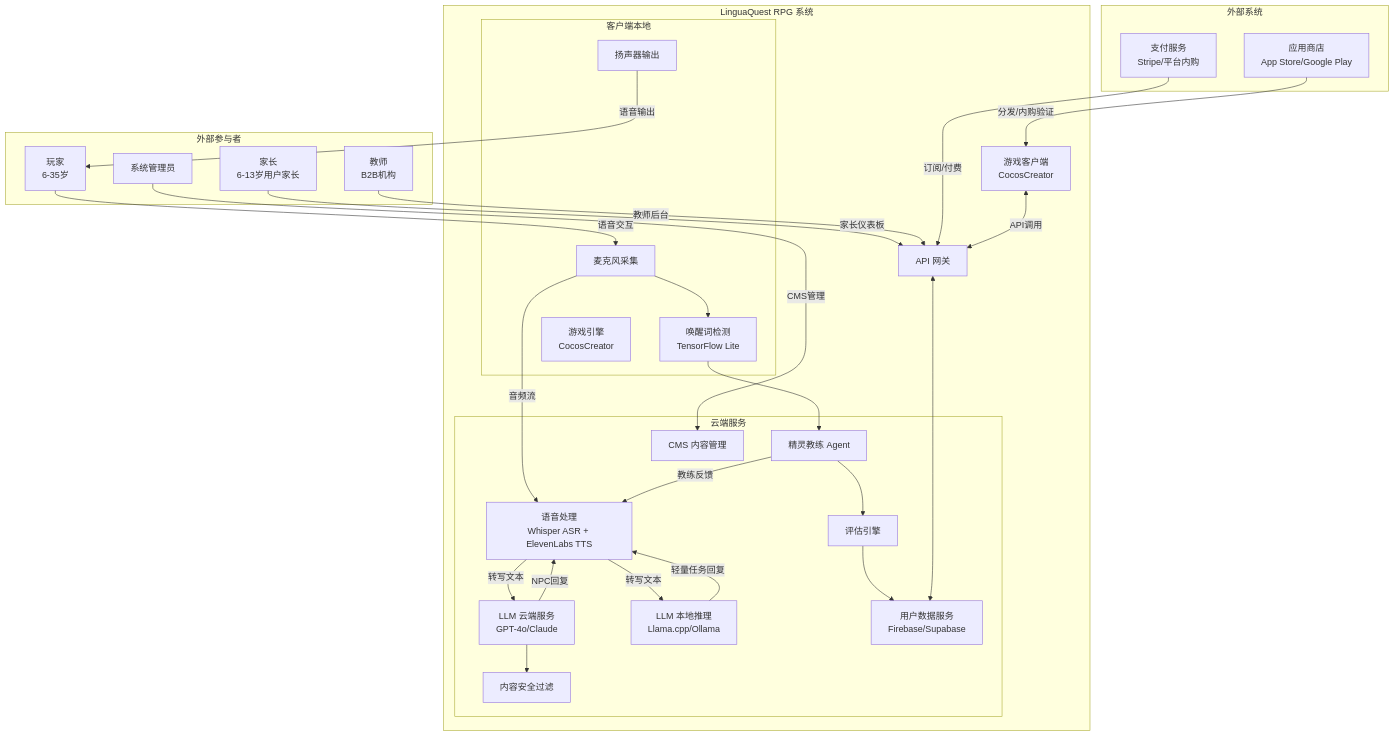
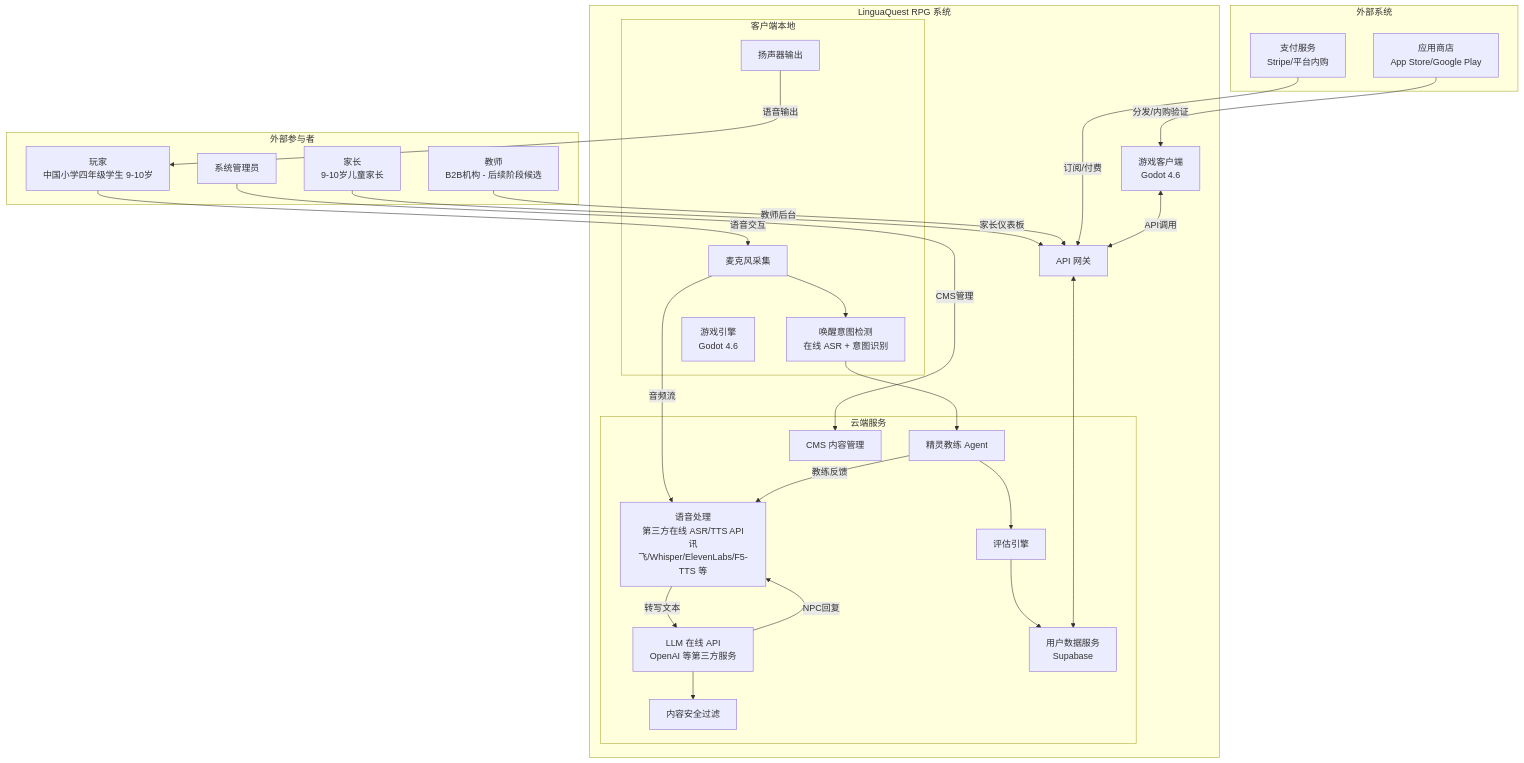
Before and after one commit to eazlong/babble: the first of 5 diagrams in LinguaQuest_SRS.md, drawn with Mermaid. The commit also changed other lines of this file and 260 other files, not shown here.

````diff
--- a/LinguaQuest_SRS.md
+++ b/LinguaQuest_SRS.md
@@ -95,55 +97,52 @@
 ```mermaid
 graph TB
     subgraph 外部参与者
-        P[玩家<br/>6-35岁]
-        PA[家长<br/>6-13岁用户家长]
-        TC[教师<br/>B2B机构]
+        P[玩家<br/>中国小学四年级学生 9-10岁]
+        PA[家长<br/>9-10岁儿童家长]
+        TC[教师<br/>B2B机构 - 后续阶段候选]
         ADM[系统管理员]
     end
 
     subgraph LinguaQuest RPG 系统
-        CLIENT[游戏客户端<br/>CocosCreator]
+        CLIENT[游戏客户端<br/>Godot 4.6]
         API[API 网关]
         subgraph 云端服务
-            LLM_CLOUD[LLM 云端服务<br/>GPT-4o/Claude]
-            LLM_LOCAL[LLM 本地推理<br/>Llama.cpp/Ollama]
-            VOICE[语音处理<br/>Whisper ASR + ElevenLabs TTS]
+            LLM[LLM 在线 API<br/>OpenAI 等第三方服务]
+            VOICE[语音处理<br/>第三方在线 ASR/TTS API<br/>讯飞/Whisper/ElevenLabs/F5-TTS 等]
             SPIRIT[精灵教练 Agent]
             ASSESS[评估引擎]
-            DATA[用户数据服务<br/>Firebase/Supabase]
+            DATA[用户数据服务<br/>Supabase]
             CMS_SYS[CMS 内容管理]
             FILTER[内容安全过滤]
         end
         subgraph 客户端本地
-            WAKE[唤醒词检测<br/>TensorFlow Lite]
-            GAME[游戏引擎<br/>CocosCreator]
+            WAKE[唤醒意图检测<br/>在线 ASR + 意图识别]
+            GAME[游戏引擎<br/>Godot 4.6]
             MIC[麦克风采集]
             SPEAKER[扬声器输出]
         end
     end
 
     subgraph 外部系统
         STORE[应用商店<br/>App Store/Google Play]
         PAY[支付服务<br/>Stripe/平台内购]
     end
 
     P -->|语音交互| MIC
     SPEAKER -->|语音输出| P
     PA -->|家长仪表板| API
     TC -->|教师后台| API
     ADM -->|CMS管理| CMS_SYS
     STORE -->|分发/内购验证| CLIENT
     PAY -->|订阅/付费| API
     MIC --> WAKE --> SPIRIT
     MIC -->|音频流| VOICE
-    VOICE -->|转写文本| LLM_CLOUD
-    VOICE -->|转写文本| LLM_LOCAL
-    LLM_CLOUD -->|NPC回复| VOICE
-    LLM_LOCAL -->|轻量任务回复| VOICE
+    VOICE -->|转写文本| LLM
+    LLM -->|NPC回复| VOICE
     SPIRIT -->|教练反馈| VOICE
-    LLM_CLOUD --> FILTER
+    LLM --> FILTER
     SPIRIT --> ASSESS
     ASSESS --> DATA
     CLIENT <-->|API调用| API
     API <--> DATA
 ```
````
